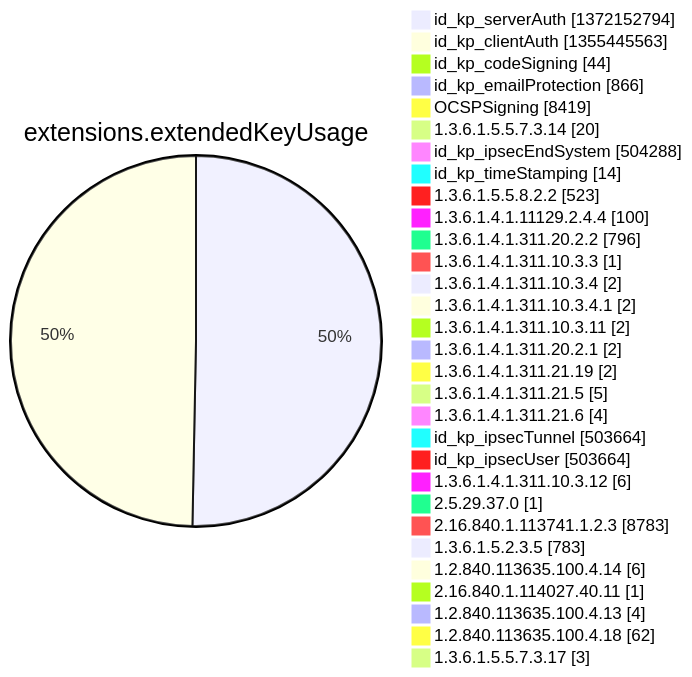
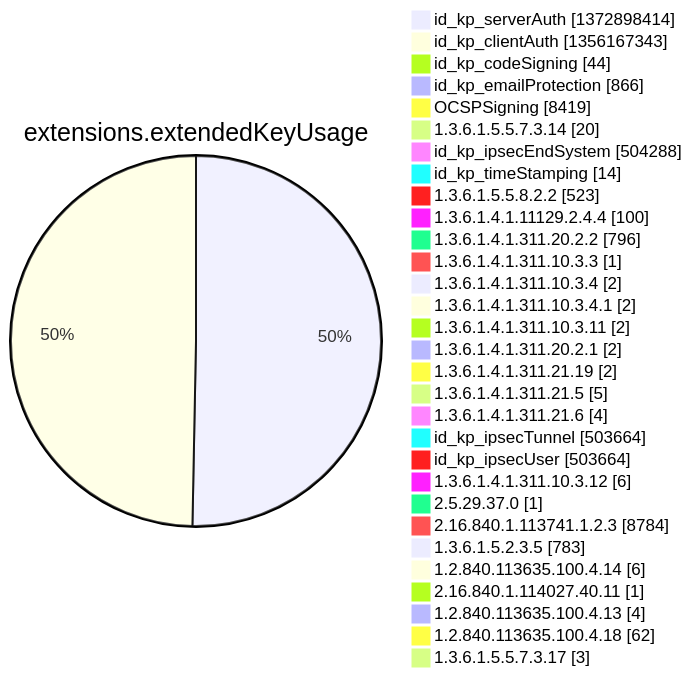
Diagram 12 of 15 in argon2022/README.md (christiankrug/ctmonitor_visualization), drawn with Mermaid before and after one commit. The commit also changed other lines of this file, not shown here.

````diff
--- a/argon2022/README.md
+++ b/argon2022/README.md
@@ -3553,34 +3553,34 @@
 ```mermaid
 pie showData
 title extensions.extendedKeyUsage
-"id_kp_serverAuth" :1372152794
-"id_kp_clientAuth" :1355445563
+"id_kp_serverAuth" :1372898414
+"id_kp_clientAuth" :1356167343
 "id_kp_codeSigning" :44
 "id_kp_emailProtection" :866
 "OCSPSigning" :8419
 "1.3.6.1.5.5.7.3.14" :20
 "id_kp_ipsecEndSystem" :504288
 "id_kp_timeStamping" :14
 "1.3.6.1.5.5.8.2.2" :523
 "1.3.6.1.4.1.11129.2.4.4" :100
 "1.3.6.1.4.1.311.20.2.2" :796
 "1.3.6.1.4.1.311.10.3.3" :1
 "1.3.6.1.4.1.311.10.3.4" :2
 "1.3.6.1.4.1.311.10.3.4.1" :2
 "1.3.6.1.4.1.311.10.3.11" :2
 "1.3.6.1.4.1.311.20.2.1" :2
 "1.3.6.1.4.1.311.21.19" :2
 "1.3.6.1.4.1.311.21.5" :5
 "1.3.6.1.4.1.311.21.6" :4
 "id_kp_ipsecTunnel" :503664
 "id_kp_ipsecUser" :503664
 "1.3.6.1.4.1.311.10.3.12" :6
 "2.5.29.37.0" :1
-"2.16.840.1.113741.1.2.3" :8783
+"2.16.840.1.113741.1.2.3" :8784
 "1.3.6.1.5.2.3.5" :783
 "1.2.840.113635.100.4.14" :6
 "2.16.840.1.114027.40.11" :1
 "1.2.840.113635.100.4.13" :4
 "1.2.840.113635.100.4.18" :62
 "1.3.6.1.5.5.7.3.17" :3
 ```
````
